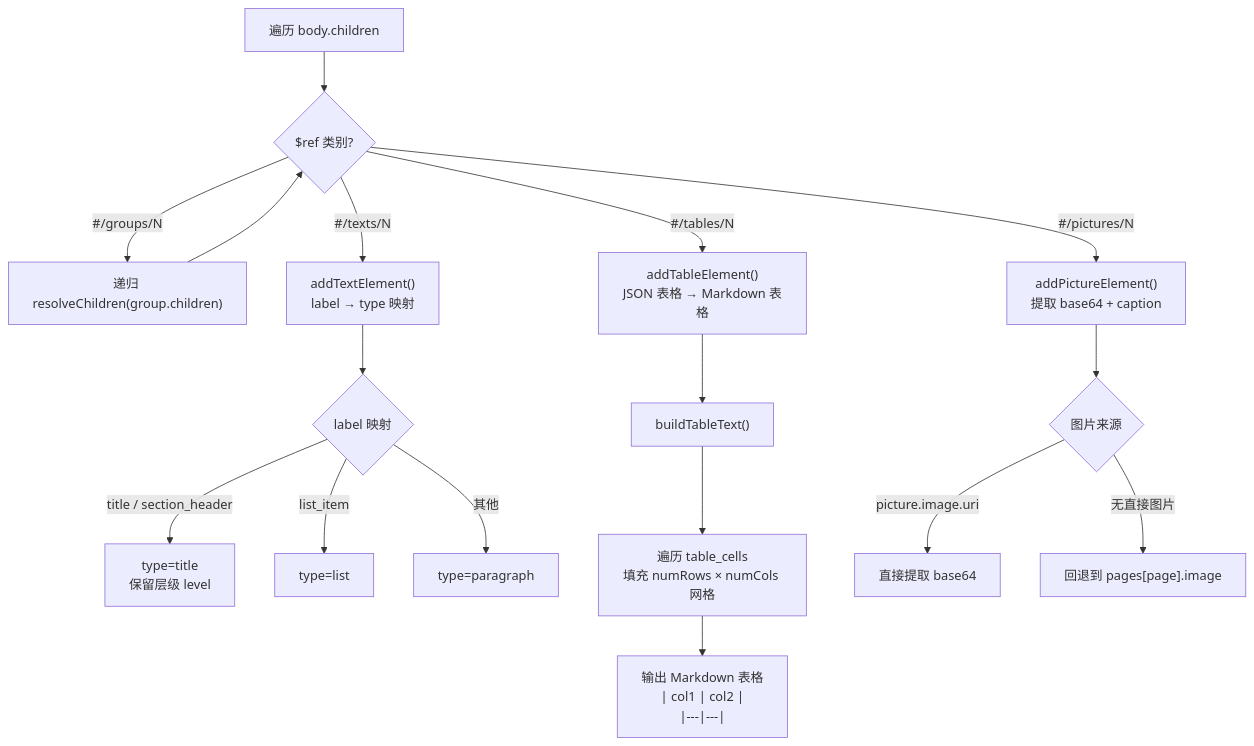
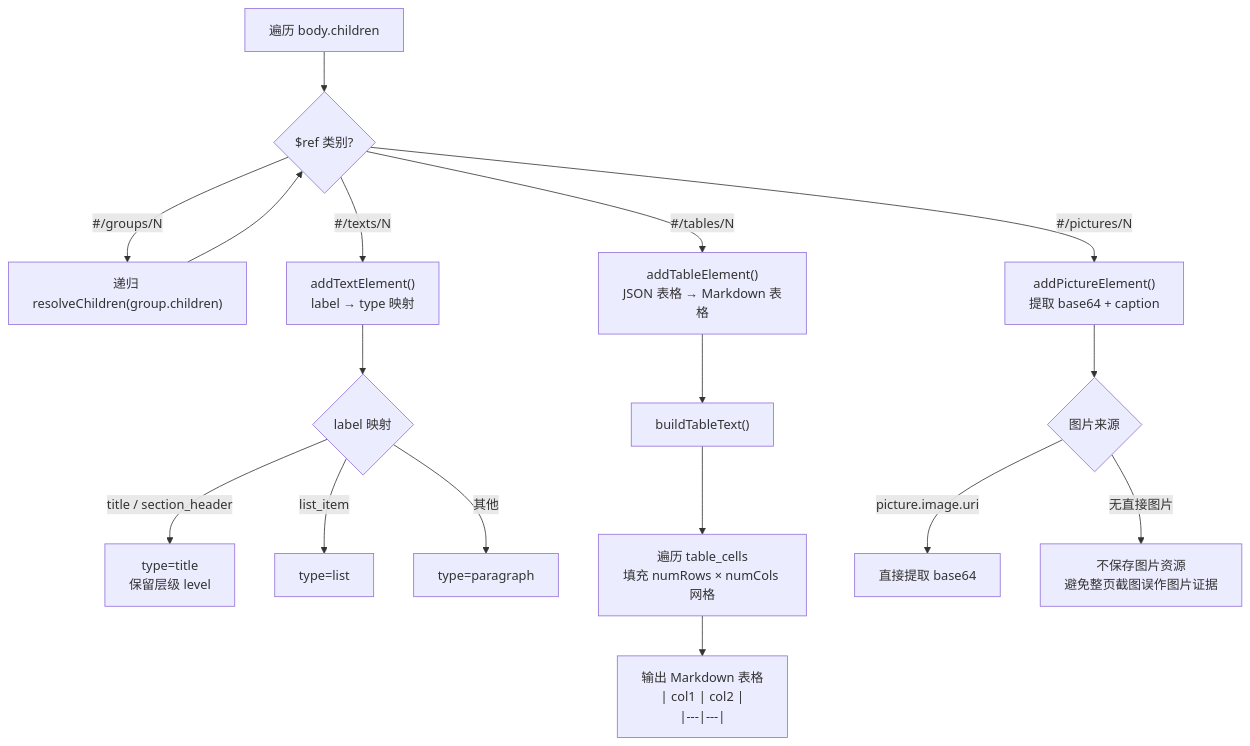
The fourth of 8 diagrams in docs/architecture/docling-engine.md (aizuda/snail-ai), drawn with Mermaid before and after one commit. The commit also changed other lines of this file and 45 other files, not shown here.

Commit message:
feat(1.1.0): 增强RAG图片识别与检索证据

````diff
--- a/docs/architecture/docling-engine.md
+++ b/docs/architecture/docling-engine.md
@@ -220,24 +226,24 @@
 ```mermaid
 flowchart TD
     Start["遍历 body.children"] --> Check{"$ref 类别?"}
 
     Check -->|"#/groups/N"| Group["递归 resolveChildren(group.children)"]
     Check -->|"#/texts/N"| Text["addTextElement()<br/>label → type 映射"]
     Check -->|"#/tables/N"| Table["addTableElement()<br/>JSON 表格 → Markdown 表格"]
     Check -->|"#/pictures/N"| Picture["addPictureElement()<br/>提取 base64 + caption"]
 
     Text --> Map{"label 映射"}
     Map -->|"title / section_header"| Title["type=title<br/>保留层级 level"]
     Map -->|"list_item"| List["type=list"]
     Map -->|"其他"| Para["type=paragraph"]
 
     Table --> Build["buildTableText()"]
     Build --> Grid["遍历 table_cells<br/>填充 numRows × numCols 网格"]
     Grid --> MD["输出 Markdown 表格<br/>| col1 | col2 |\n|---|---|"]
 
     Picture --> Extract{"图片来源"}
     Extract -->|"picture.image.uri"| Direct["直接提取 base64"]
-    Extract -->|"无直接图片"| PageImg["回退到 pages[page].image"]
+    Extract -->|"无直接图片"| SkipImage["不保存图片资源<br/>避免整页截图误作图片证据"]
 
     Group --> Check
 ```
````
